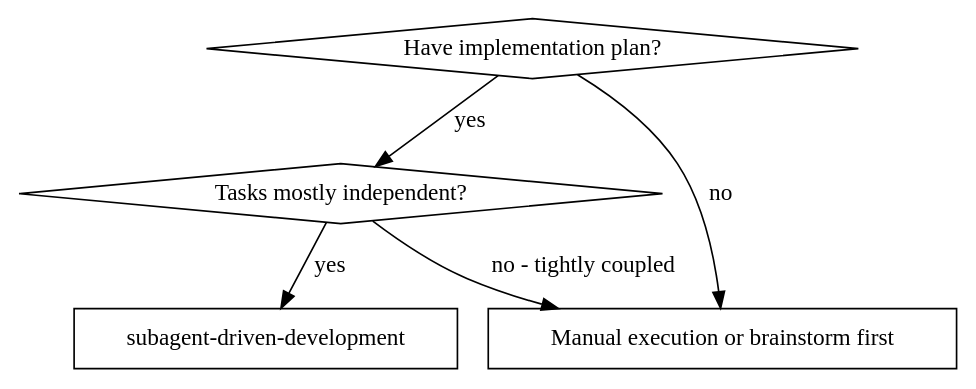
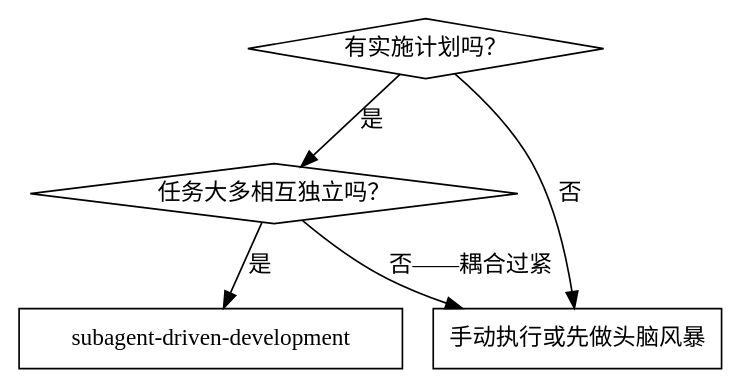
The first of 2 diagrams in .qoder/skills/subagent-driven-development/SKILL.md (pemelosweet/ecs-frontend), drawn with Graphviz before and after one commit. The commit also changed other lines of this file and 4 other files, not shown here.

Commit message:
docs(agent): 压缩 AGENTS.md 技能表格,subagent-driven-development 技能翻译为中文

````diff
--- a/.qoder/skills/subagent-driven-development/SKILL.md
+++ b/.qoder/skills/subagent-driven-development/SKILL.md
@@ -18,13 +18,13 @@
 ```dot
 digraph when_to_use {
-    "Have implementation plan?" [shape=diamond];
-    "Tasks mostly independent?" [shape=diamond];
+    "有实施计划吗？" [shape=diamond];
+    "任务大多相互独立吗？" [shape=diamond];
     "subagent-driven-development" [shape=box];
-    "Manual execution or brainstorm first" [shape=box];
+    "手动执行或先做头脑风暴" [shape=box];
 
-    "Have implementation plan?" -> "Tasks mostly independent?" [label="yes"];
-    "Have implementation plan?" -> "Manual execution or brainstorm first" [label="no"];
-    "Tasks mostly independent?" -> "subagent-driven-development" [label="yes"];
-    "Tasks mostly independent?" -> "Manual execution or brainstorm first" [label="no - tightly coupled"];
+    "有实施计划吗？" -> "任务大多相互独立吗？" [label="是"];
+    "有实施计划吗？" -> "手动执行或先做头脑风暴" [label="否"];
+    "任务大多相互独立吗？" -> "subagent-driven-development" [label="是"];
+    "任务大多相互独立吗？" -> "手动执行或先做头脑风暴" [label="否——耦合过紧"];
 }
 ```
````
